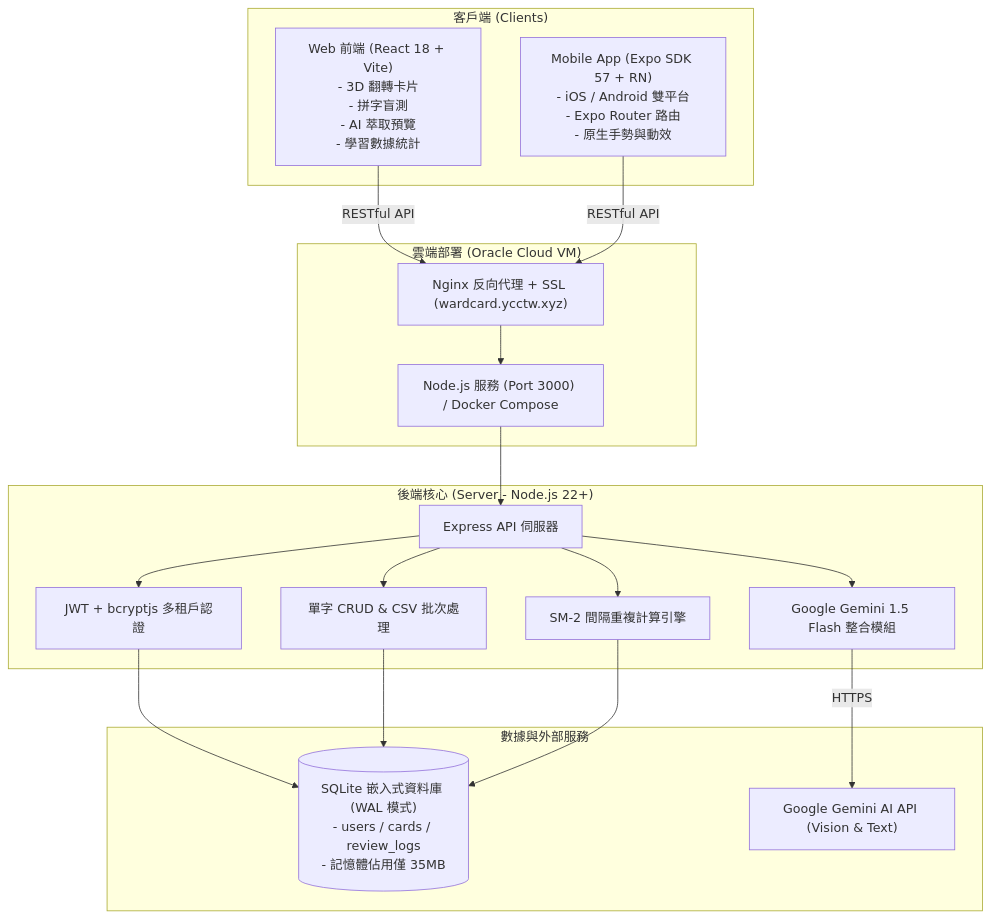
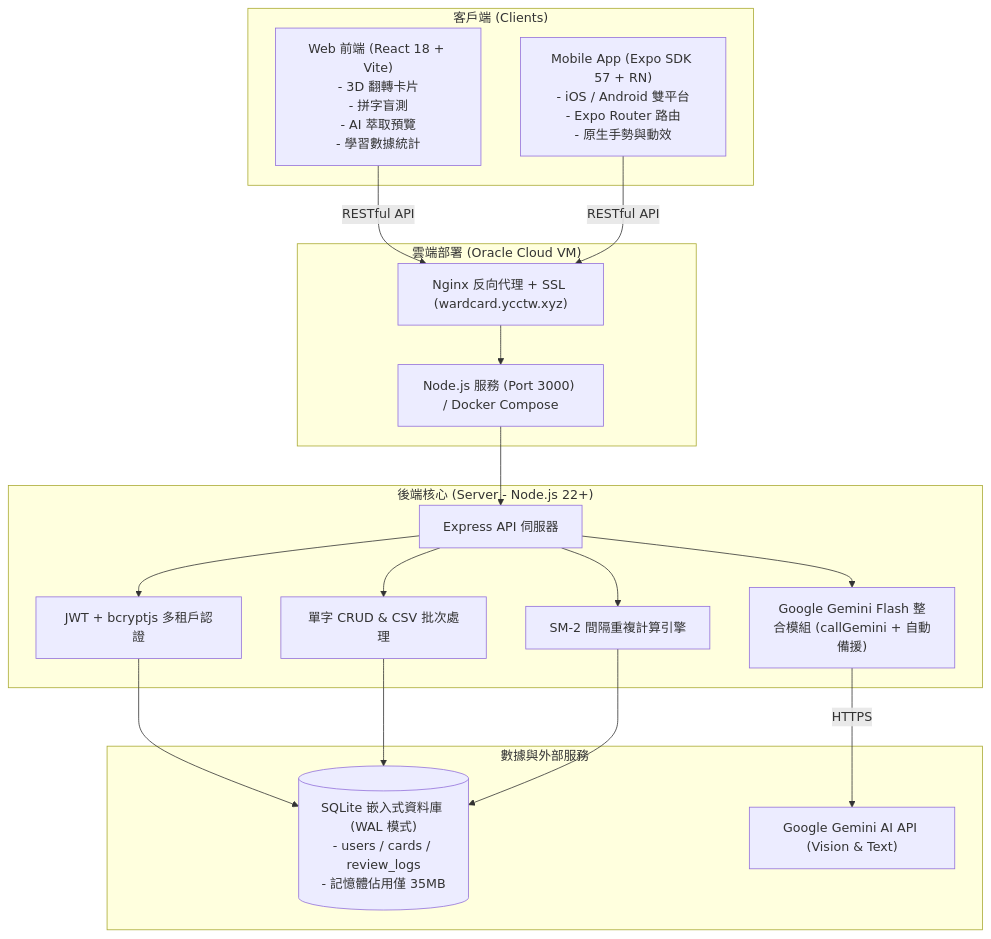
One commit to CCHENYUCHI/WardCard changed the diagram in 開發進度/專案開發狀況總覽.md. Above: the diagram before and after it, drawn with Mermaid. The commit also changed other lines of this file and 22 other files, not shown here.

First line of the commit message:
fix(ai): restore AI extraction with current Gemini models and preview-only flow

````diff
--- a/開發進度/專案開發狀況總覽.md
+++ b/開發進度/專案開發狀況總覽.md
@@ -24,38 +24,38 @@
 ```mermaid
 graph TD
     subgraph ClientLayer["客戶端 (Clients)"]
         WebClient["Web 前端 (React 18 + Vite)<br/>- 3D 翻轉卡片<br/>- 拼字盲測<br/>- AI 萃取預覽<br/>- 學習數據統計"]
         MobileApp["Mobile App (Expo SDK 57 + RN)<br/>- iOS / Android 雙平台<br/>- Expo Router 路由<br/>- 原生手勢與動效"]
     end
 
     subgraph GatewayDeploy["雲端部署 (Oracle Cloud VM)"]
         NginxReverse["Nginx 反向代理 + SSL (wardcard.ycctw.xyz)"]
         DockerOrPM2["Node.js 服務 (Port 3000) / Docker Compose"]
     end
 
     subgraph BackendCore["後端核心 (Server - Node.js 22+)"]
         ExpressApp["Express API 伺服器"]
         AuthModule["JWT + bcryptjs 多租戶認證"]
         CardService["單字 CRUD & CSV 批次處理"]
         SRSEngine["SM-2 間隔重複計算引擎"]
-        GeminiService["Google Gemini 1.5 Flash 整合模組"]
+        GeminiService["Google Gemini Flash 整合模組 (callGemini + 自動備援)"]
     end
 
     subgraph StorageLayer["數據與外部服務"]
         SQLiteDB[("SQLite 嵌入式資料庫 (WAL 模式)<br/>- users / cards / review_logs<br/>- 記憶體佔用僅 35MB")]
         GeminiAPI["Google Gemini AI API (Vision & Text)"]
     end
 
     WebClient -->|RESTful API| NginxReverse
     MobileApp -->|RESTful API| NginxReverse
     NginxReverse --> DockerOrPM2
     DockerOrPM2 --> ExpressApp
     ExpressApp --> AuthModule
     ExpressApp --> CardService
     ExpressApp --> SRSEngine
     ExpressApp --> GeminiService
     AuthModule --> SQLiteDB
     CardService --> SQLiteDB
     SRSEngine --> SQLiteDB
     GeminiService -->|HTTPS| GeminiAPI
 ```
````
